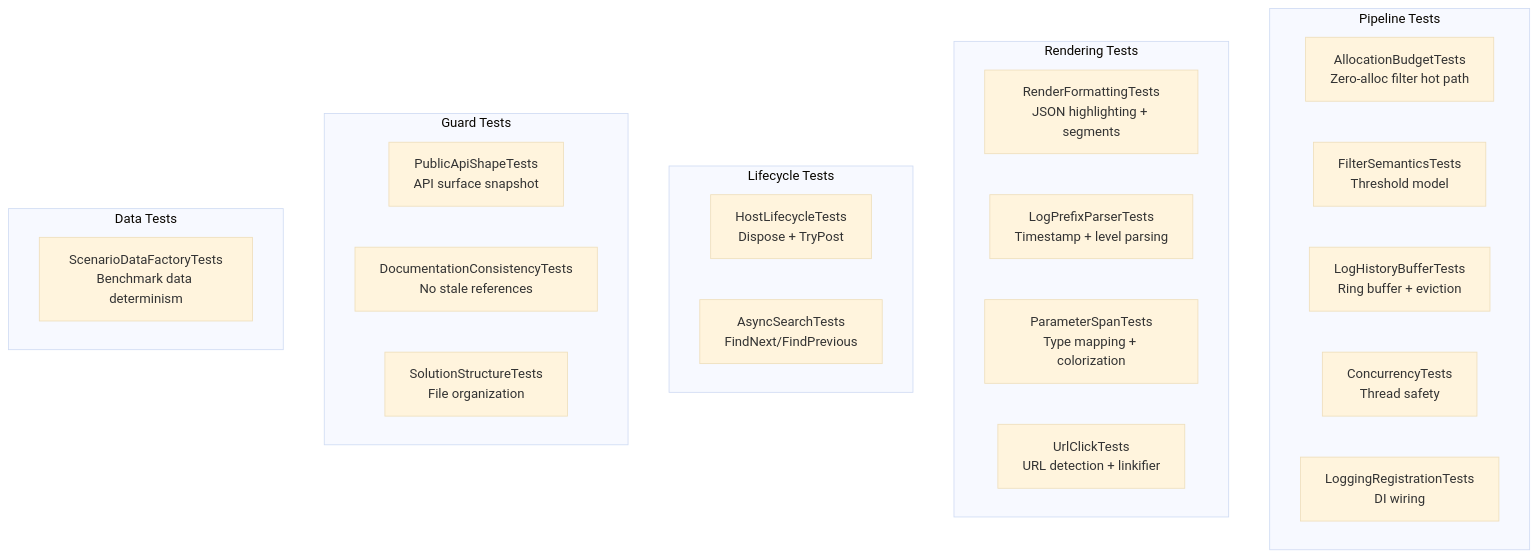
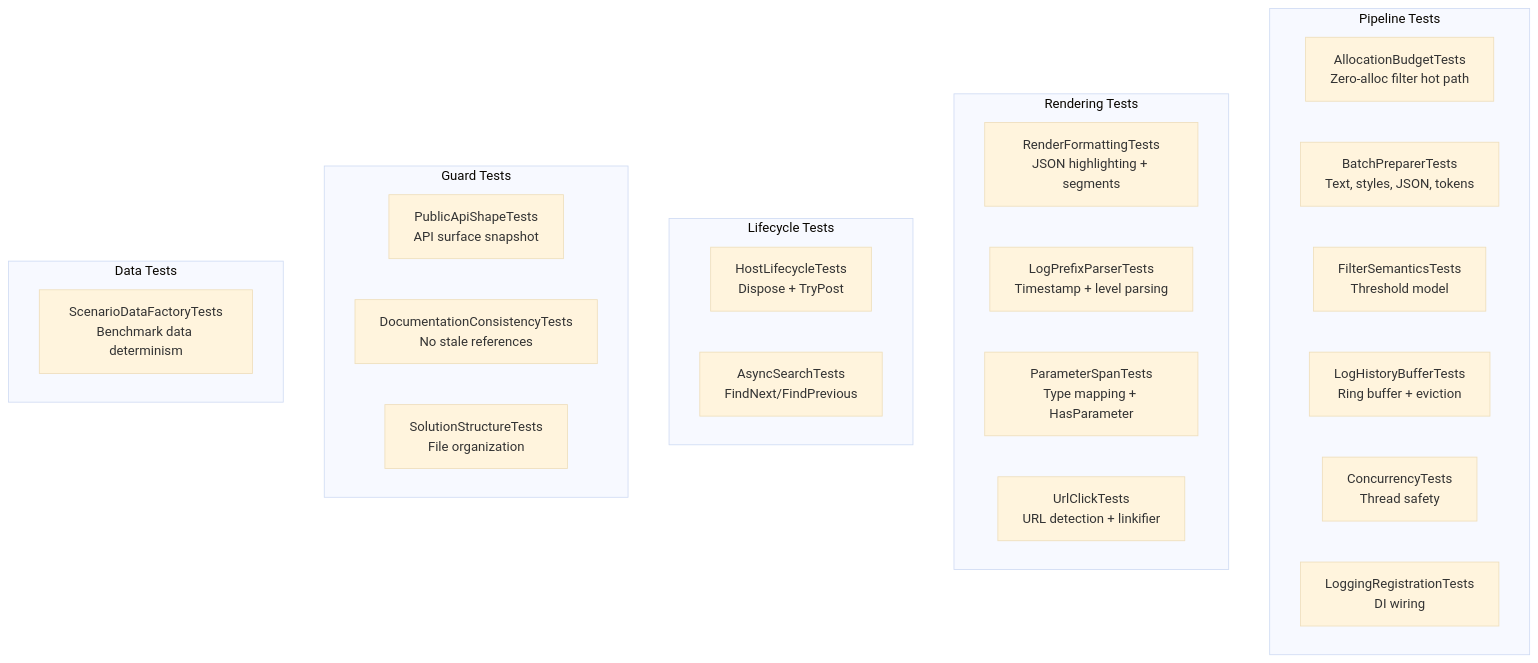
The diagram in docs/testing.md (trgiangv/ZLogger.Scintilla), drawn with Mermaid (base theme) before and after one commit. The commit also changed other lines of this file and 12 other files, not shown here.

````diff
--- a/docs/testing.md
+++ b/docs/testing.md
@@ -17,32 +17,33 @@
 ```mermaid
 flowchart TB
     subgraph Pipeline["Pipeline Tests"]
         Alloc["AllocationBudgetTests<br/>Zero-alloc filter hot path"]
+        Batch["BatchPreparerTests<br/>Text, styles, JSON, tokens"]
         Filter["FilterSemanticsTests<br/>Threshold model"]
         History["LogHistoryBufferTests<br/>Ring buffer + eviction"]
         Conc["ConcurrencyTests<br/>Thread safety"]
         Reg["LoggingRegistrationTests<br/>DI wiring"]
     end
 
     subgraph Rendering["Rendering Tests"]
         Render["RenderFormattingTests<br/>JSON highlighting + segments"]
         Prefix["LogPrefixParserTests<br/>Timestamp + level parsing"]
-        Param["ParameterSpanTests<br/>Type mapping + colorization"]
+        Param["ParameterSpanTests<br/>Type mapping + HasParameter"]
         Url["UrlClickTests<br/>URL detection + linkifier"]
     end
 
     subgraph Lifecycle["Lifecycle Tests"]
         Host["HostLifecycleTests<br/>Dispose + TryPost"]
         Search["AsyncSearchTests<br/>FindNext/FindPrevious"]
     end
 
     subgraph Guards["Guard Tests"]
         API["PublicApiShapeTests<br/>API surface snapshot"]
         Docs["DocumentationConsistencyTests<br/>No stale references"]
         Sol["SolutionStructureTests<br/>File organization"]
     end
 
     subgraph Data["Data Tests"]
         Scenario["ScenarioDataFactoryTests<br/>Benchmark data determinism"]
     end
 ```
````
